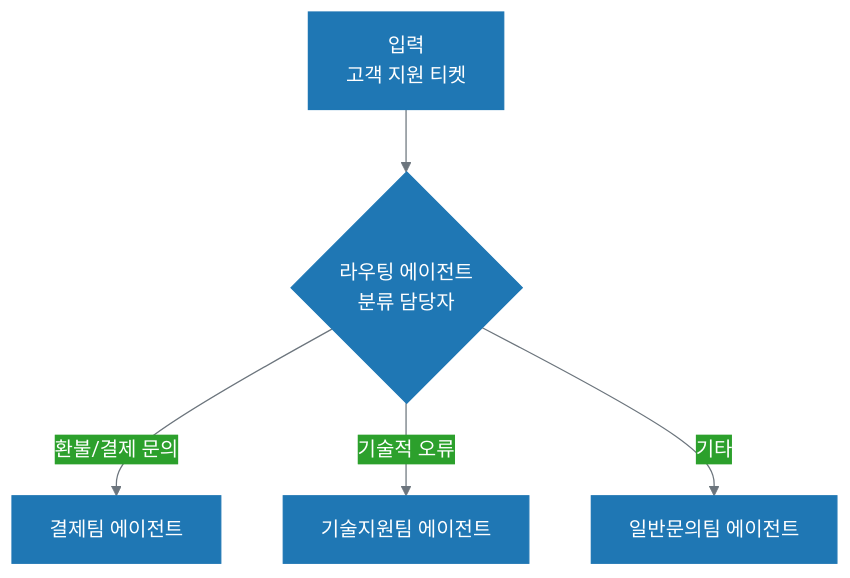
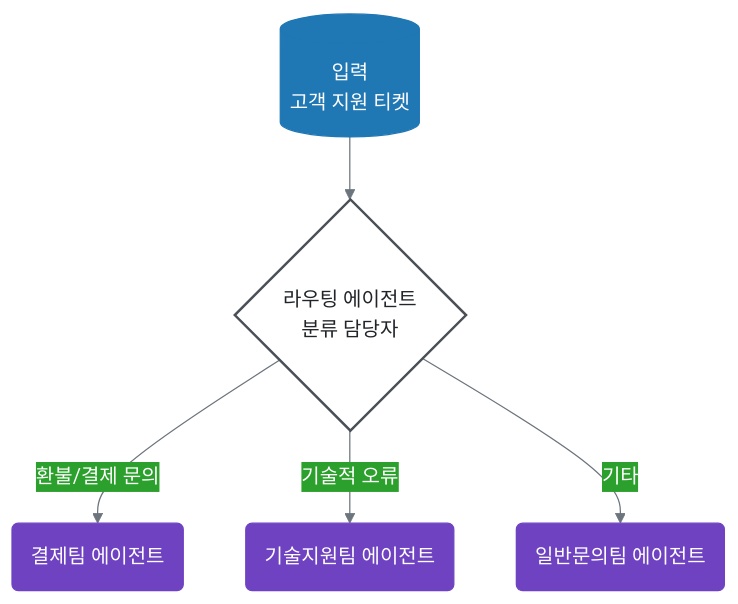
One commit to wooxist/ai-instructions changed the third of 4 diagrams in book/07-process-workflow.md. Above: the diagram before and after it, drawn with Mermaid. The commit also changed other lines of this file and 15 other files, not shown here.

````diff
--- a/book/07-process-workflow.md
+++ b/book/07-process-workflow.md
@@ -77,18 +95,28 @@
 ```mermaid
 %%{init: {
   'theme': 'base',
   'themeVariables': {
     'primaryColor': '#1f77b4',
     'primaryTextColor': '#ffffff',
     'primaryBorderColor': '#1f77b4',
     'lineColor': '#6c757d',
     'background': 'transparent',
     'edgeLabelBackground': '#2ca02c'
   }
 }}%%
 graph TD
-    A[입력<br/>고객 지원 티켓] --> B{라우팅 에이전트<br/>분류 담당자}
-    B -- "환불/결제 문의" --> C[결제팀 에이전트]
-    B -- "기술적 오류" --> D[기술지원팀 에이전트]
-    B -- "기타" --> E[일반문의팀 에이전트]
+    A[("입력<br/>고객 지원 티켓")] --> B{라우팅 에이전트<br/>분류 담당자}
+    B -- "환불/결제 문의" --> C("결제팀 에이전트")
+    B -- "기술적 오류" --> D("기술지원팀 에이전트")
+    B -- "기타" --> E("일반문의팀 에이전트")
+
+    %% 클래스 정의 및 적용 (WRITER 부록 A 기준)
+    classDef principle fill:#1f77b4,stroke:#1f77b4,color:#ffffff;
+    classDef decision fill:#ffffff,stroke:#495057,stroke-width:2px,color:#212529;
+    classDef agent fill:#6f42c1,stroke:#6f42c1,color:#ffffff;
+    classDef artifact fill:#17a2b8,stroke:#17a2b8,color:#ffffff;
+    classDef data fill:#2ca02c,stroke:#2ca02c,color:#ffffff;
+    classDef human fill:#e83e8c,stroke:#e83e8c,color:#ffffff;
+    class B decision;
+    class C,D,E agent;
 ```
````
